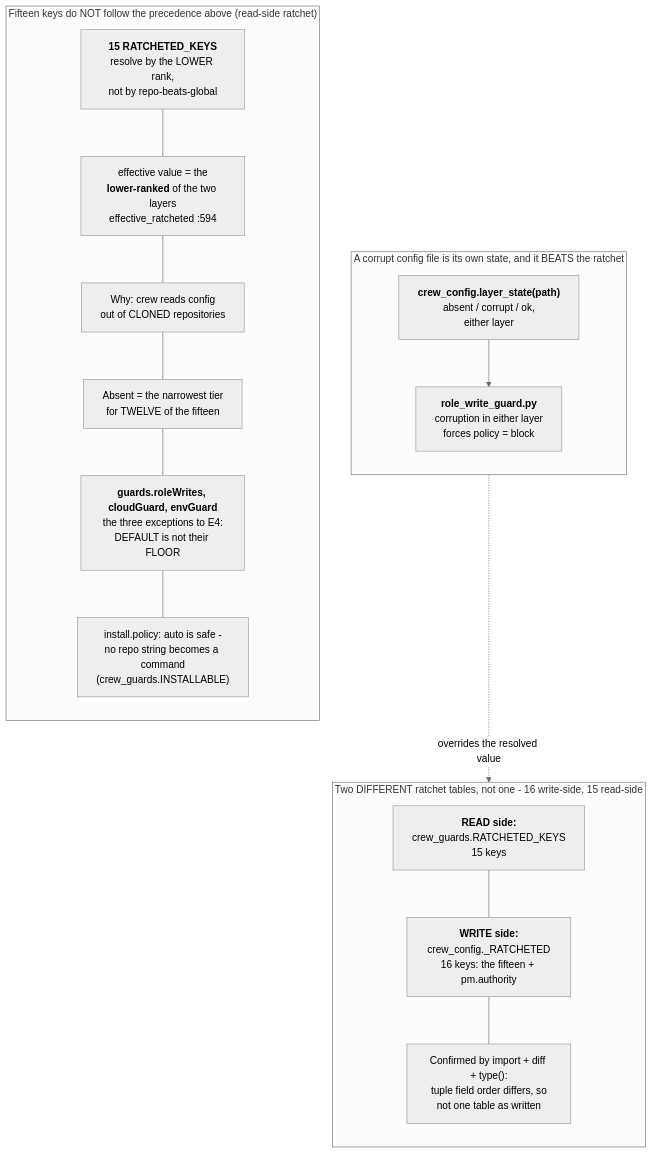
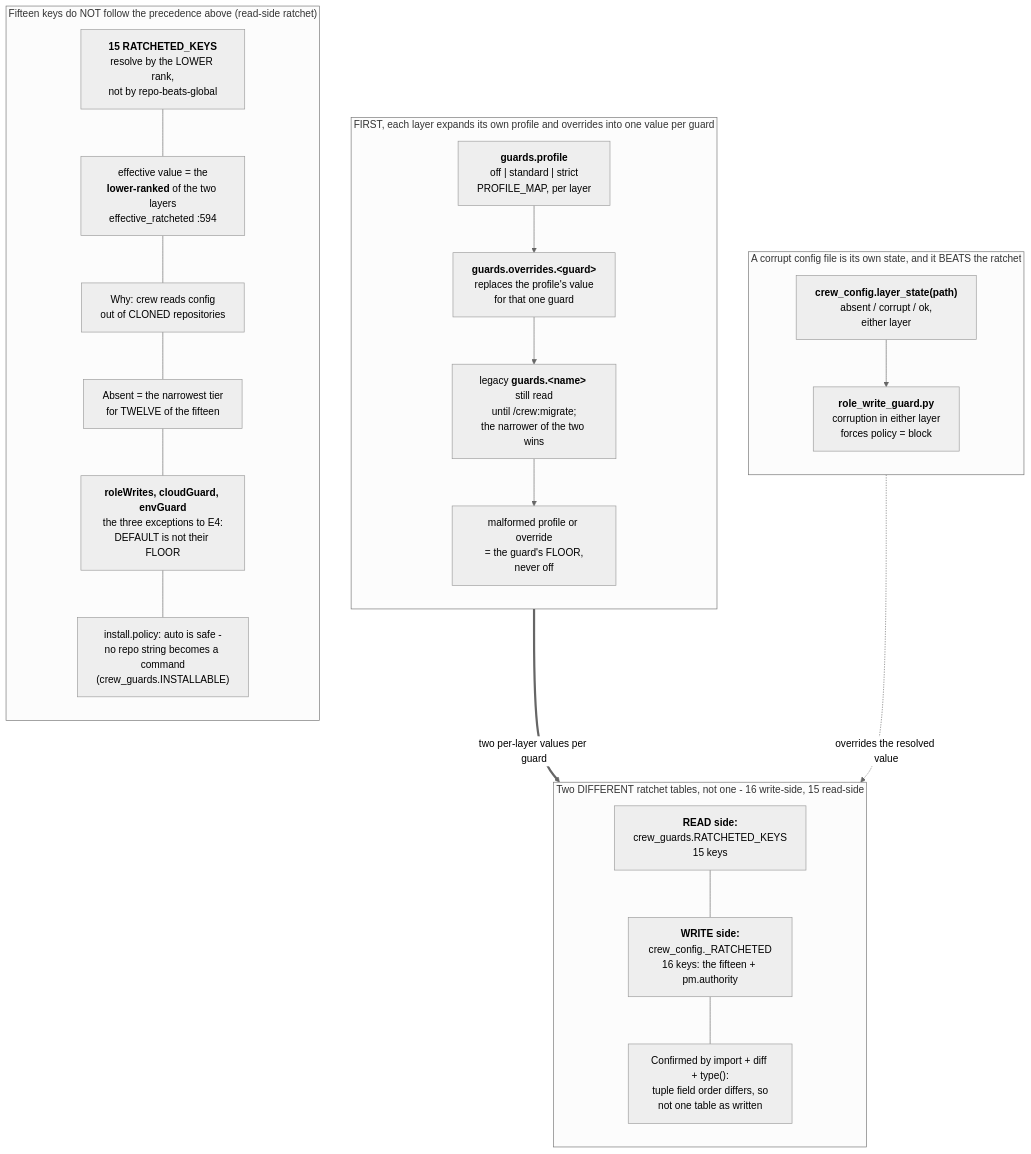
The diagram in docs/diagrams/data-flow-crew-config-ratchet.mmd (mbadali25/useful-claude-add-ons), drawn with Mermaid (neutral theme) before and after one commit. The commit also changed 98 other files, not shown here.

Commit message:
L-0725: docs sweep, rebuilt guides and diagrams, test fixes, migrate.md within budget

```diff
--- a/docs/diagrams/data-flow-crew-config-ratchet.mmd
+++ b/docs/diagrams/data-flow-crew-config-ratchet.mmd
@@ -1,7 +1,14 @@
 %% Generated from useful-claude-add-ons@7944f06d7 on 2026-10-22, first drawn 2026-10-02, re-anchored 2026-10-22 (L-0867 refresh) and 2026-10-18 (L-0789 refresh; see the notes below the Purpose line). Verify before trusting.
-%% Anchors: plugin/crew/hooks/scripts/crew_guards.py, plugin/crew/hooks/scripts/crew_config.py, plugin/crew/hooks/scripts/role_write_guard.py, plugin/crew/CONFIG.md, plugin/crew/tests/test_install_policy.py
-%% Purpose: The keys that do not follow repo-beats-global: the two ratchet tables (read side and write side), the fifteen keys that resolve by the lower rank, and how a corrupt config file forces the role-write guard to block.
+%% Anchors: plugin/crew/hooks/scripts/crew_guards.py, plugin/crew/hooks/scripts/crew_config.py, plugin/crew/hooks/scripts/role_write_guard.py, docs/crew/config-rationale.md, plugin/crew/tests/test_install_policy.py
+%% Purpose: The keys that do not follow repo-beats-global: how each layer first expands guards.profile and guards.overrides into a per-guard value, then the two ratchet tables (read side and write side), the fifteen keys that resolve by the lower rank, and how a corrupt config file forces the role-write guard to block.
 %% Embed: none
+%% Re-drawn for L-0725 (twelve guards.<name> keys become guards.profile plus guards.overrides): a new top box group draws the per-layer
+%%    expansion that now runs BEFORE the ratchet. Re-measured with grep -n and by import (python3 -I -S): PROFILE_MAP crew_guards.py:240,
+%%    normalise_profile :612, layer_guard_state :638, RATCHETED_KEYS :582-:609, effective_ratcheted :706, resolve_ratcheted crew_config.py:971,
+%%    layer_state :1084, _RATCHETED :3237, role_write_guard.py layer_state calls :763-:765. len(ALL_GUARD_NAMES) is 12, len(RATCHETED_KEYS)
+%%    15, len(_RATCHETED) 16, and set(_RATCHETED) - set(RATCHETED_KEYS) is still {'pm.authority'}. The ratchet itself is unchanged: it still
+%%    runs per guard on the two per-layer values. The profile is not ratcheted; it is shorthand that expands inside each layer. The older
+%%    notes below keep the line numbers they were written with and are history.
 %% Re-anchored a792ce66b -> 7944f06d7 (L-0867 refresh, 2026-10-22): of the Anchors paths only CONFIG.md changed
 %%    (git diff 18e4afce3..HEAD over this diagram's five Anchors paths: CONFIG.md only; crew_guards.py, crew_config.py,
 %%    role_write_guard.py and test_install_policy.py are untouched). The change is L-0867 (L-0727 slice 3): the deleted hook .ps1 twins
@@ -53,7 +60,16 @@
 %%     anchor drew at a smaller size. The tuple SHAPES still disagree
 %%     ((function, function, dict) write-side vs (tuple, function, function)
 %%     read-side), confirmed by `type()` on each element, not asserted.
-%% Note RG: <b>READ side: crew_guards.RATCHETED_KEYS</b> plugin/crew/hooks/scripts/crew_guards.py:552-579
+%% Note X1: <b>guards.profile</b> (off | standard | strict) is read in EACH layer separately: crew_guards.layer_guard_state :638 looks up the
+%%    layer's profile in PROFILE_MAP :240. off is today's GUARD_DEFAULTS, so a layer that sets nothing resolves as it always did.
+%%    The profile itself is never ratcheted.
+%% Note X2: <b>guards.overrides.&lt;guard&gt;</b> in the same layer replaces the profile's value for that one guard, validated against
+%%    that guard's own tiers. An override can never widen past a malformed profile or past a legacy key still present.
+%% Note X3: <b>The twelve legacy guards.&lt;name&gt; keys</b> are still READ as aliases until /crew:migrate rewrites the layer, and never
+%%    written. When a legacy key and a profile or override both speak, the NARROWER of the two wins and the conflict is reported.
+%% Note X4: A malformed profile, or an overrides value that is not an object or not one of the guard's tiers, gives that guard's FLOOR
+%%    (block, or none for prodDatabase and prodServer). The floor is never off: could-not-tell must not read as opted-out.
+%% Note RG: <b>READ side: crew_guards.RATCHETED_KEYS</b> plugin/crew/hooks/scripts/crew_guards.py:582-609
 %%    <b>15 keys</b> (executed + len()'d at a792ce66b): install.policy, change.requireForProduction,
 %%    environments.prodUnattended (T-0005), and all TWELVE guards.* - terraformApply, forcePush, adminMerge,
 %%    mergeGate, cloudDestructive, sqlDestructive, deployWorkflow, prodDatabase, prodServer, roleWrites, cloudGuard,
@@ -76,17 +92,17 @@
 %% Note FORCE: plugin/crew/hooks/scripts/role_write_guard.py calls layer_state for BOTH layers at :763-764,
 %%    ORs them into forced_by_corruption :765, and sets policy = #quot;block#quot; UNCONDITIONALLY at :767-768
 %%    -- BEFORE the <i>elif policy == #quot;off#quot;: return 0</i> early exit at :769-770
-%% Note E1: <b>Every key in crew_guards.RATCHETED_KEYS :552-579 -- install.policy,
+%% Note E1: <b>Every key in crew_guards.RATCHETED_KEYS :582-609 -- install.policy,
 %%    change.requireForProduction, environments.prodUnattended and all TWELVE guards.* -- resolves by the LOWER
-%%    rank, not by repo-beats-global.</b> CONFIG.md section 15 covers install.policy, section 16 the guards,
-%%    section 18 guards.roleWrites; environments.* is a subsection of section 16.
+%%    rank, not by repo-beats-global.</b> docs/crew/config-rationale.md covers install.policy, the guards (profile plus overrides) and
+%%    the roleWrites guard; environments.* is a subsection of the guards section.
 %% Note E2: The effective value at each key is the <b>lower-ranked of the two layers</b> -
 %%    crew_guards.effective_ratcheted :594, reached through crew_config.resolve_ratcheted :1006.
 %% Note E3: Why: crew reads config out of CLONED repositories. A repo shipping install.policy: auto, or
-%%    guards.cloudGuard: report, would, under precedence, override a machine owner who chose manual or off.
+%%    guards.overrides.cloudGuard: report, would, under precedence, override a machine owner who chose manual or off.
 %% Note E4: Absent counts as the narrowest tier on either side for TWELVE of the fifteen, so the WIDEST grant
 %%    requires BOTH layers to agree.
-%% Note E5: <b>guards.roleWrites, guards.cloudGuard and guards.envGuard (L-0772) are the three exceptions to E4, and the only keys here
+%% Note E5: <b>roleWrites, cloudGuard and envGuard (L-0772) are the three exceptions to E4, and the only keys here
 %%    whose DEFAULT is not their FLOOR.</b> ROLE_WRITE_POLICIES is (block, report, off); ROLE_WRITE_DEFAULT is
 %%    <b>off</b>, the WIDEST tier, for all three names - cloudGuard and envGuard reuse roleWrites' own normalise/rank functions
 %%    rather than growing a second copy (normalise_role_writes crew_guards.py:479, role_writes_rank :505, guard_tiers() :519-534).
@@ -95,6 +111,15 @@
 %%    tests/test_install_policy.py.
 flowchart TB
 
+    subgraph Expand["FIRST, each layer expands its own profile and overrides into one value per guard"]
+        direction TB
+        X1["<b>guards.profile</b><br/>off | standard | strict<br/>PROFILE_MAP, per layer"]
+        X2["<b>guards.overrides.&lt;guard&gt;</b><br/>replaces the profile's value<br/>for that one guard"]
+        X3["legacy <b>guards.&lt;name&gt;</b> still read<br/>until /crew:migrate;<br/>the narrower of the two wins"]
+        X4["malformed profile or override<br/>= the guard's FLOOR,<br/>never off"]
+        X1 --> X2 --> X3 --> X4
+    end
+    Expand ==>|"two per-layer values per guard"| Ratchet
     subgraph Ratchet["Two DIFFERENT ratchet tables, not one - 16 write-side, 15 read-side"]
         direction TB
         RG["<b>READ side:</b><br/>crew_guards.RATCHETED_KEYS<br/>15 keys"]
@@ -115,7 +140,7 @@
         E2["effective value = the<br/><b>lower-ranked</b> of the two layers<br/>effective_ratcheted :594"]
         E3["Why: crew reads config<br/>out of CLONED repositories"]
         E4["Absent = the narrowest tier<br/>for TWELVE of the fifteen"]
-        E5["<b>guards.roleWrites, cloudGuard, envGuard</b><br/>the three exceptions to E4:<br/>DEFAULT is not their FLOOR"]
+        E5["<b>roleWrites, cloudGuard, envGuard</b><br/>the three exceptions to E4:<br/>DEFAULT is not their FLOOR"]
         E6["install.policy: auto is safe -<br/>no repo string becomes a command<br/>(crew_guards.INSTALLABLE)"]
         E1 --- E2 --- E3 --- E4 --- E5 --- E6
     end
```
